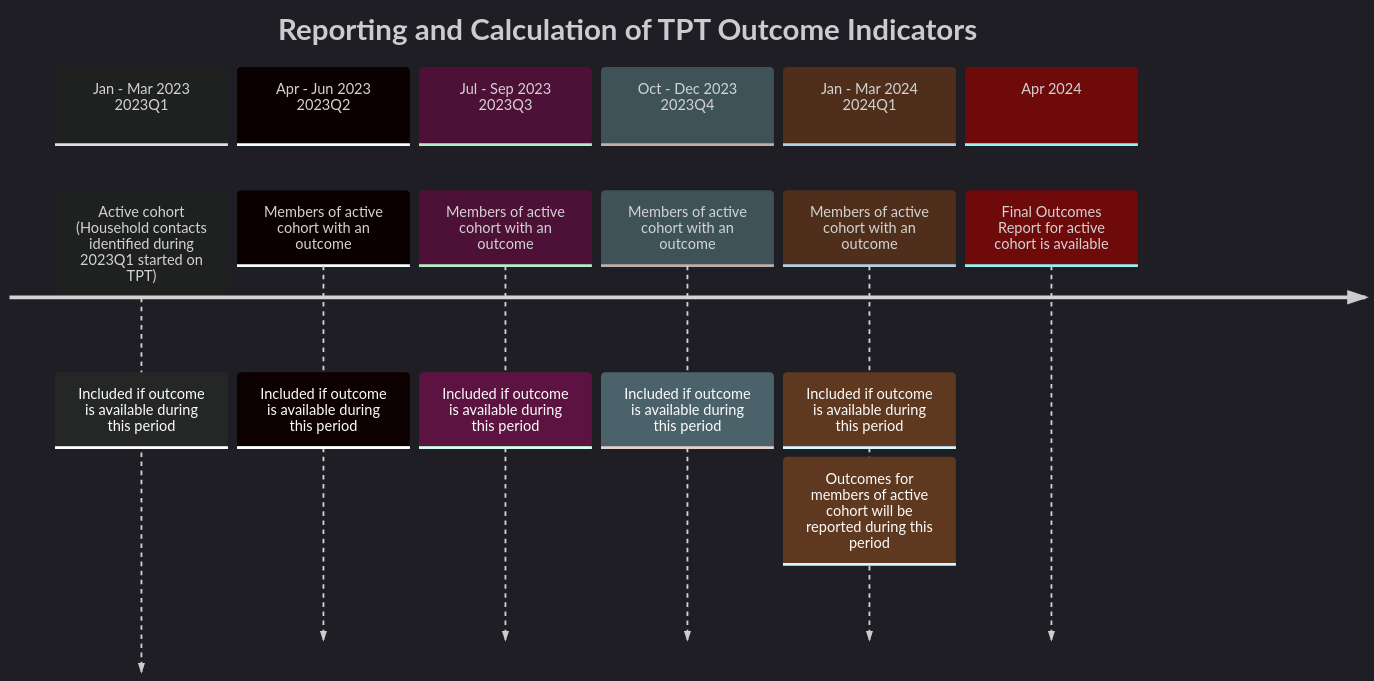
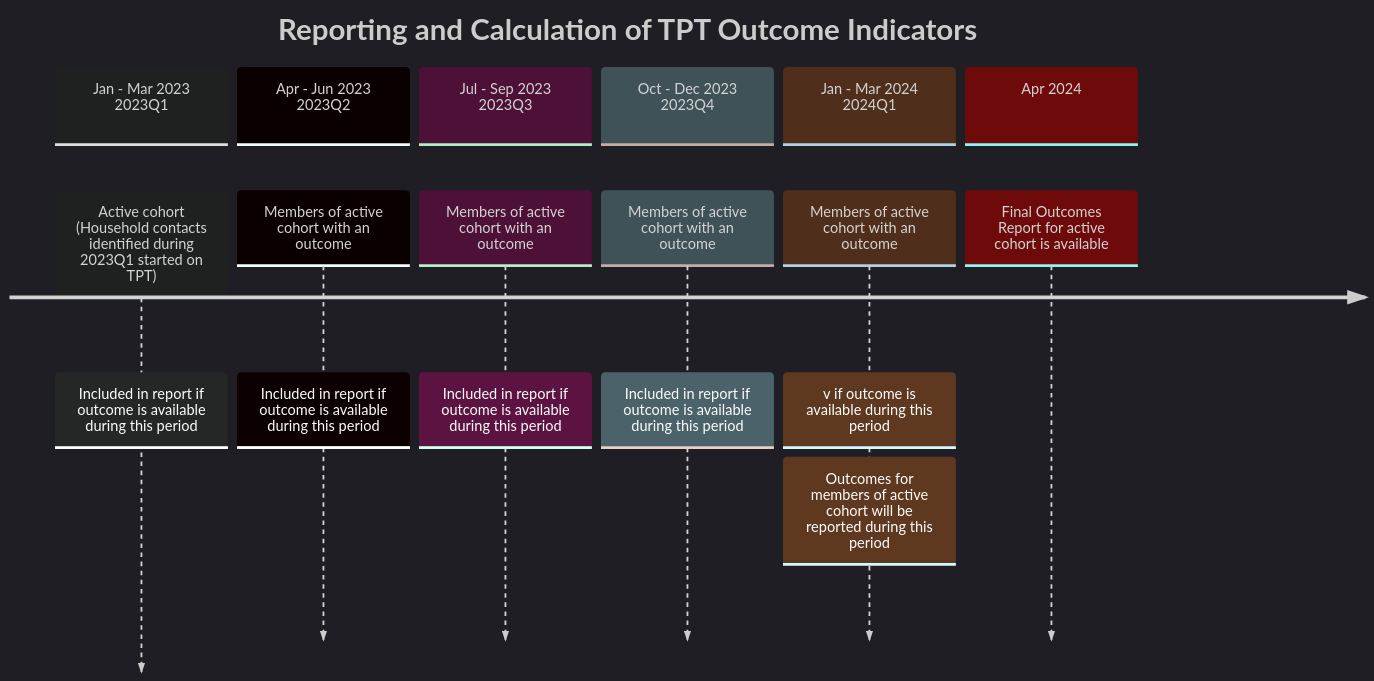
Before and after one commit to dhis2-metadata/TB_HH: the diagram in docs/tb_hh-design.md, drawn with Mermaid.

````diff
--- a/docs/tb_hh-design.md
+++ b/docs/tb_hh-design.md
@@ -10,19 +10,19 @@
  ```mermaid
 
 %%{init: {'mirrorActors': false, 'theme': 'dark' } }%%
 timeline
     title Reporting and Calculation of TPT Outcome Indicators
     section Jan - Mar 2023 <br> 2023Q1
-      Active cohort (Household contacts identified during 2023Q1 started on TPT): Included if outcome is available during this period
+      Active cohort (Household contacts identified during 2023Q1 started on TPT): Included in report if outcome is available during this period
     section Apr - Jun 2023 <br> 2023Q2
-      Members of active cohort with an outcome: Included if outcome is available during this period
+      Members of active cohort with an outcome: Included in report if outcome is available during this period
     section Jul - Sep 2023 <br> 2023Q3
-      Members of active cohort with an outcome: Included if outcome is available during this period
+      Members of active cohort with an outcome: Included in report if outcome is available during this period
     section Oct - Dec 2023 <br> 2023Q4
-      Members of active cohort with an outcome: Included if outcome is available during this period
+      Members of active cohort with an outcome: Included in report if outcome is available during this period
     section Jan - Mar 2024 <br> 2024Q1
-      Members of active cohort with an outcome: Included if outcome is available during this period: Outcomes for members of active cohort will be reported during this period
+      Members of active cohort with an outcome: v if outcome is available during this period: Outcomes for members of active cohort will be reported during this period
     section Apr 2024
       Final Outcomes Report for active cohort is available
 
 ```
````
